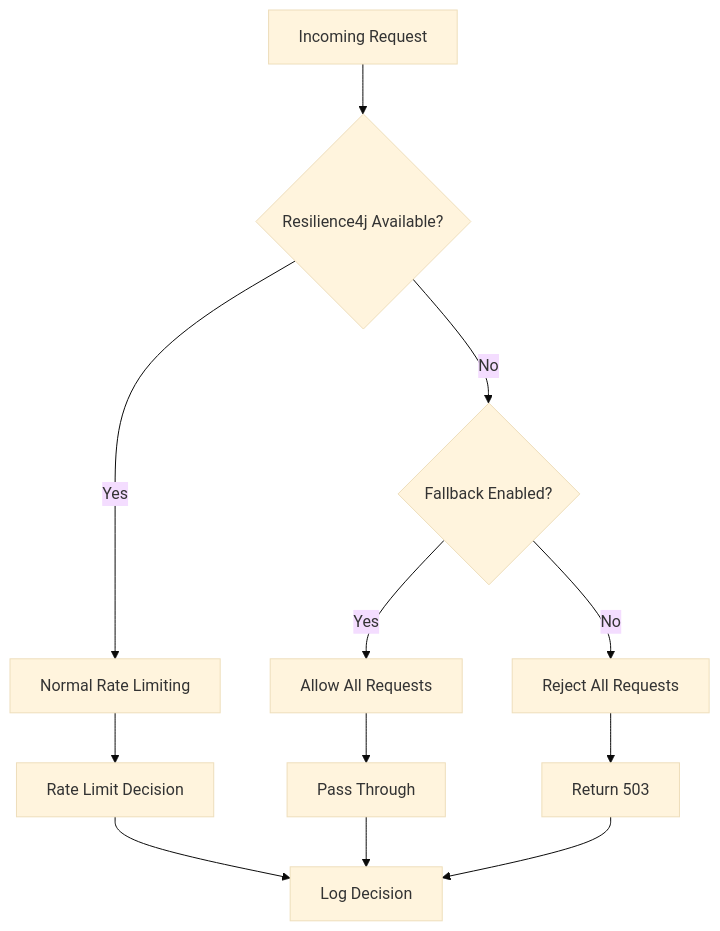
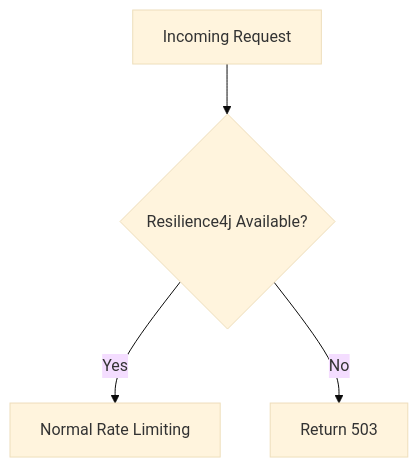
Before and after one commit to seanseannery/api-in-a-box: the fifth of 5 diagrams in .kiro/specs/api-rate-limiting/design.md, drawn with Mermaid (base theme). The commit also changed other lines of this file and 16 other files, not shown here.

````diff
--- a/.kiro/specs/api-rate-limiting/design.md
+++ b/.kiro/specs/api-rate-limiting/design.md
@@ -234,16 +187,7 @@
 ```mermaid
 flowchart TD
     Request[Incoming Request] --> R4J{Resilience4j Available?}
     R4J -->|Yes| Normal[Normal Rate Limiting]
-    R4J -->|No| Fallback{Fallback Enabled?}
-    Fallback -->|Yes| Allow[Allow All Requests]
-    Fallback -->|No| Reject[Reject All Requests]
-    
-    Normal --> Result[Rate Limit Decision]
-    Allow --> Pass[Pass Through]
-    Reject --> Block[Return 503]
-    
-    Result --> Log[Log Decision]
-    Pass --> Log
-    Block --> Log
+    R4J -->|No| Block[Return 503]
+
 ```
````
